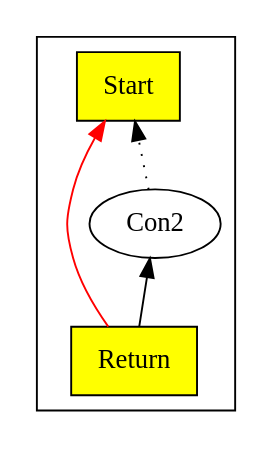
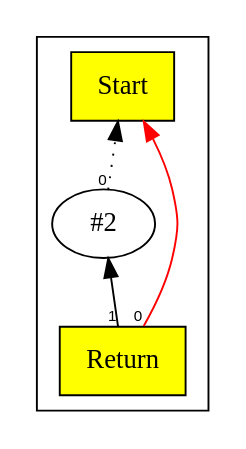
One commit to SeaOfNodes/Simple changed the diagram in chapter02/docs/02-post-peephole-ex1.gv. Above: the diagram before and after it, drawn with Graphviz. The commit also changed 14 other files, not shown here.

```diff
--- a/chapter02/docs/02-post-peephole-ex1.gv
+++ b/chapter02/docs/02-post-peephole-ex1.gv
@@ -1,11 +1,17 @@
 digraph chapter02 {
+/*
+return 1+2*3+-5;
+*/
 	rankdir=BT;
+	ordering="in";
+	concentrate="true";
 	subgraph cluster_Nodes {
 		Start1 [ shape=box style=filled fillcolor=yellow label="Start" ];
-		Con213 [ label="Con2" ];
+		Con_13 [ label="#2" ];
 		Return14 [ shape=box style=filled fillcolor=yellow label="Return" ];
 	}
-	Con213 -> Start1 [style=dotted];
-	Return14 -> Start1 [color=red];
-	Return14 -> Con213;
+	edge [ fontname=Helvetica, fontsize=8 ];
+	Con_13 -> Start1[taillabel=0 style=dotted];
+	Return14 -> Start1[taillabel=0 color=red];
+	Return14 -> Con_13[taillabel=1];
 }
```
